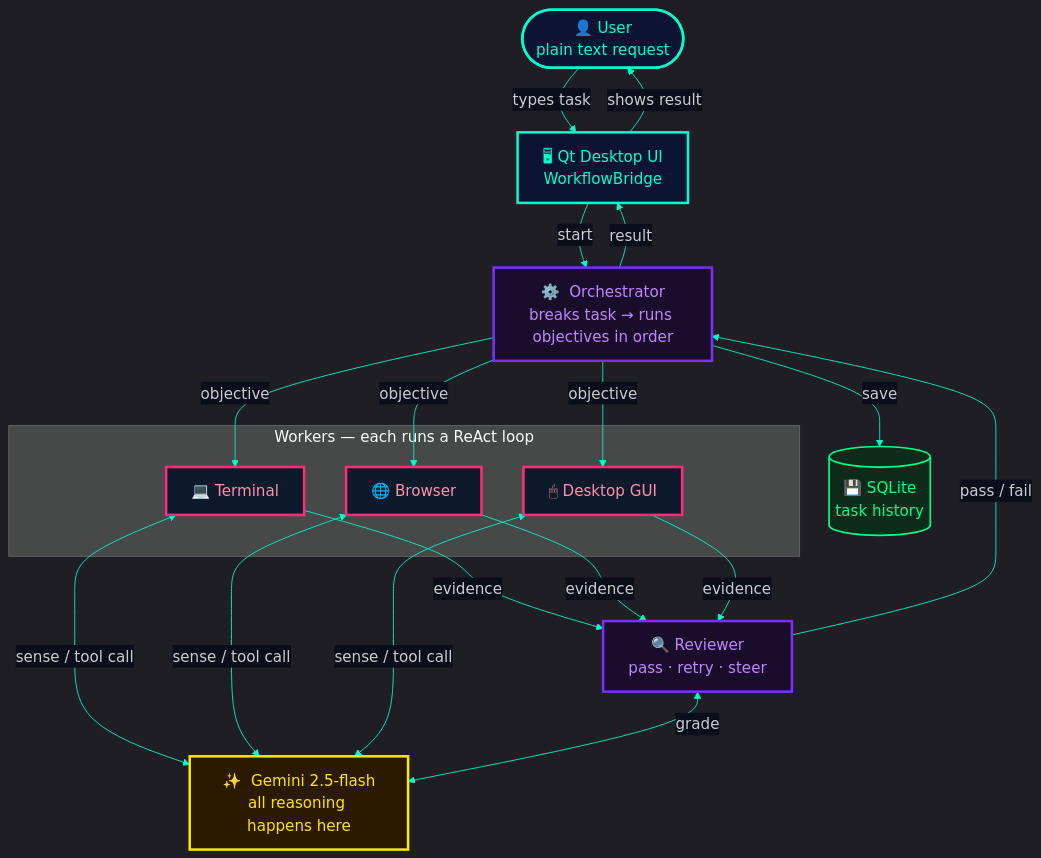
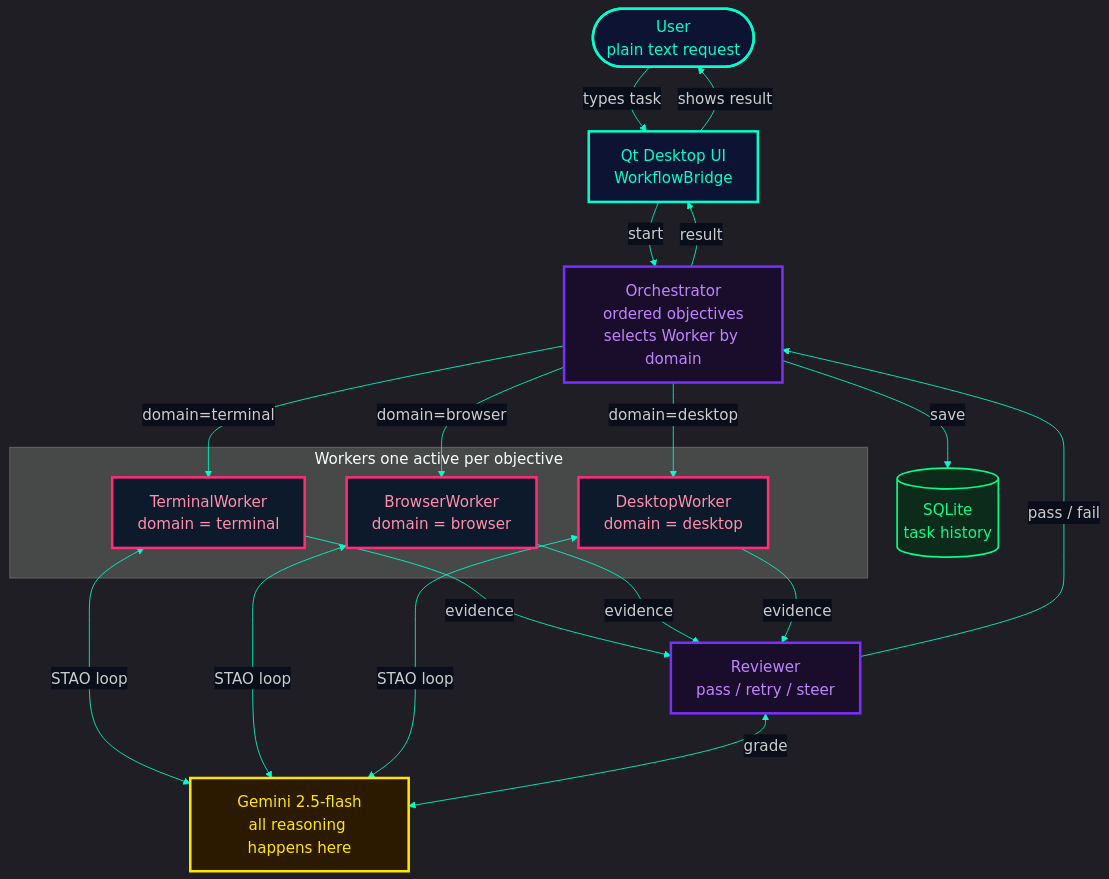
One commit to DurdeuVlad/trinity-pilot changed the diagram in docs/diagrams/03-system-overview.mmd. Above: the diagram before and after it, drawn with Mermaid. The commit also changed 37 other files, not shown here.

```diff
--- a/docs/diagrams/03-system-overview.mmd
+++ b/docs/diagrams/03-system-overview.mmd
@@ -1,36 +1,39 @@
 %%{init: {'theme': 'dark', 'themeVariables': {'background': '#0a0e1a', 'primaryColor': '#0d1433', 'primaryBorderColor': '#00ffcc', 'primaryTextColor': '#e2e8f0', 'lineColor': '#00ffcc', 'edgeLabelBackground': '#0a0e1a', 'fontSize': '18px'}}}%%
 flowchart TD
-    classDef ui     fill:#0d1433,stroke:#00ffcc,stroke-width:3px,color:#00ffcc
-    classDef orch   fill:#1a0d2b,stroke:#7b2fff,stroke-width:3px,color:#c084fc
-    classDef worker fill:#0d1a2b,stroke:#ff2d78,stroke-width:3px,color:#ff8fab
-    classDef llm    fill:#2b1a00,stroke:#ffe600,stroke-width:3px,color:#ffe600
-    classDef db     fill:#0d2b1a,stroke:#00ff88,stroke-width:2px,color:#00ff88
+ accTitle: Runtime Architecture  Components and Data Flow
+ classDef ui fill:#0d1433,stroke:#00ffcc,stroke-width:3px,color:#00ffcc
+ classDef orch fill:#1a0d2b,stroke:#7b2fff,stroke-width:3px,color:#c084fc
+ classDef worker fill:#0d1a2b,stroke:#ff2d78,stroke-width:3px,color:#ff8fab
+ classDef llm fill:#2b1a00,stroke:#ffe600,stroke-width:3px,color:#ffe600
+ classDef db fill:#0d2b1a,stroke:#00ff88,stroke-width:2px,color:#00ff88
 
-    U(["👤  User\nplain text request"]):::ui
+ U(["User<br/>plain text request"]):::ui
 
-    B["🖥  Qt Desktop UI\nWorkflowBridge"]:::ui
+ B["Qt Desktop UI<br/>WorkflowBridge"]:::ui
 
-    O["⚙️  Orchestrator\nbreaks task → runs objectives in order"]:::orch
+ O["Orchestrator<br/>ordered objectives<br/>selects Worker by domain"]:::orch
 
-    subgraph W ["  Workers — each runs a ReAct loop  "]
-        W1["💻  Terminal"]:::worker
-        W2["🌐  Browser"]:::worker
-        W3["🖱  Desktop GUI"]:::worker
-    end
+ subgraph WP ["Workers  one active per objective"]
+ W1["TerminalWorker<br/>domain = terminal"]:::worker
+ W2["BrowserWorker<br/>domain = browser"]:::worker
+ W3["DesktopWorker<br/>domain = desktop"]:::worker
+ end
 
-    LLM["✨  Gemini 2.5-flash\nall reasoning happens here"]:::llm
+ LLM["Gemini 2.5-flash<br/>all reasoning happens here"]:::llm
 
-    R["🔍  Reviewer\npass · retry · steer"]:::orch
+ R["Reviewer<br/>pass / retry / steer"]:::orch
 
-    DB[("💾  SQLite\ntask history")]:::db
+ DB[("SQLite<br/>task history")]:::db
 
-    U -->|types task| B
-    B -->|start| O
-    O -->|objective| W1 & W2 & W3
-    W1 & W2 & W3 <-->|sense / tool call| LLM
-    W1 & W2 & W3 -->|evidence| R
-    R <-->|grade| LLM
-    R -->|pass / fail| O
-    O -->|save| DB
-    O -->|result| B
-    B -->|shows result| U
+ U -->|types task| B
+ B -->|start| O
+ O -->|domain=terminal| W1
+ O -->|domain=browser| W2
+ O -->|domain=desktop| W3
+ W1 & W2 & W3 <-->|STAO loop| LLM
+ W1 & W2 & W3 -->|evidence| R
+ R <-->|grade| LLM
+ R -->|pass / fail| O
+ O -->|save| DB
+ O -->|result| B
+ B -->|shows result| U
```
